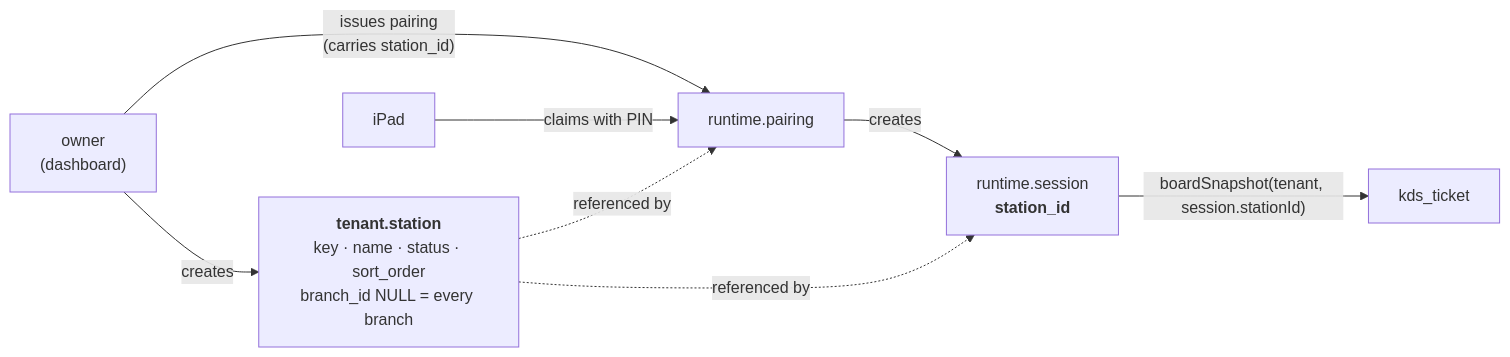
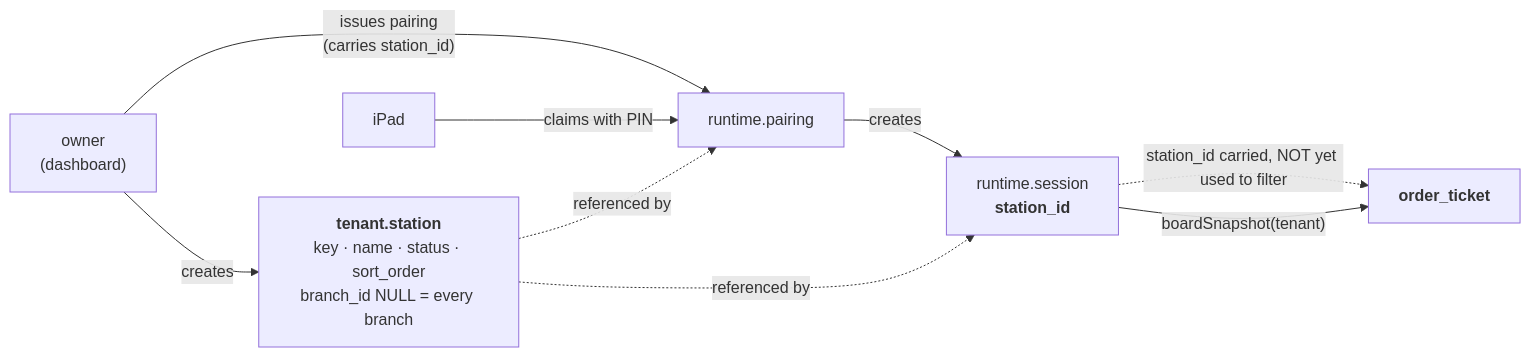
One commit to umiconsulting/umi changed the second of 3 diagrams in docs/migration/build-v3/ORDER_MODEL.md. Above: the diagram before and after it, drawn with Mermaid. The commit also changed other lines of this file and 5 other files, not shown here.

````diff
--- a/docs/migration/build-v3/ORDER_MODEL.md
+++ b/docs/migration/build-v3/ORDER_MODEL.md
@@ -142,10 +153,11 @@
 ```mermaid
 flowchart LR
   OWNER["owner<br/>(dashboard)"] -->|creates| ST["<b>tenant.station</b><br/>key · name · status · sort_order<br/>branch_id NULL = every branch"]
   OWNER -->|"issues pairing<br/>(carries station_id)"| PAIR["runtime.pairing"]
   IPAD["iPad"] -->|claims with PIN| PAIR
   PAIR -->|"creates"| SESS["runtime.session<br/><b>station_id</b>"]
-  SESS -->|"boardSnapshot(tenant, session.stationId)"| KDS["kds_ticket"]
+  SESS -.->|"station_id carried, NOT yet used to filter"| KDS["<b>order_ticket</b>"]
+  SESS -->|"boardSnapshot(tenant)"| KDS
   ST -.->|referenced by| PAIR
   ST -.->|referenced by| SESS
 ```
````
